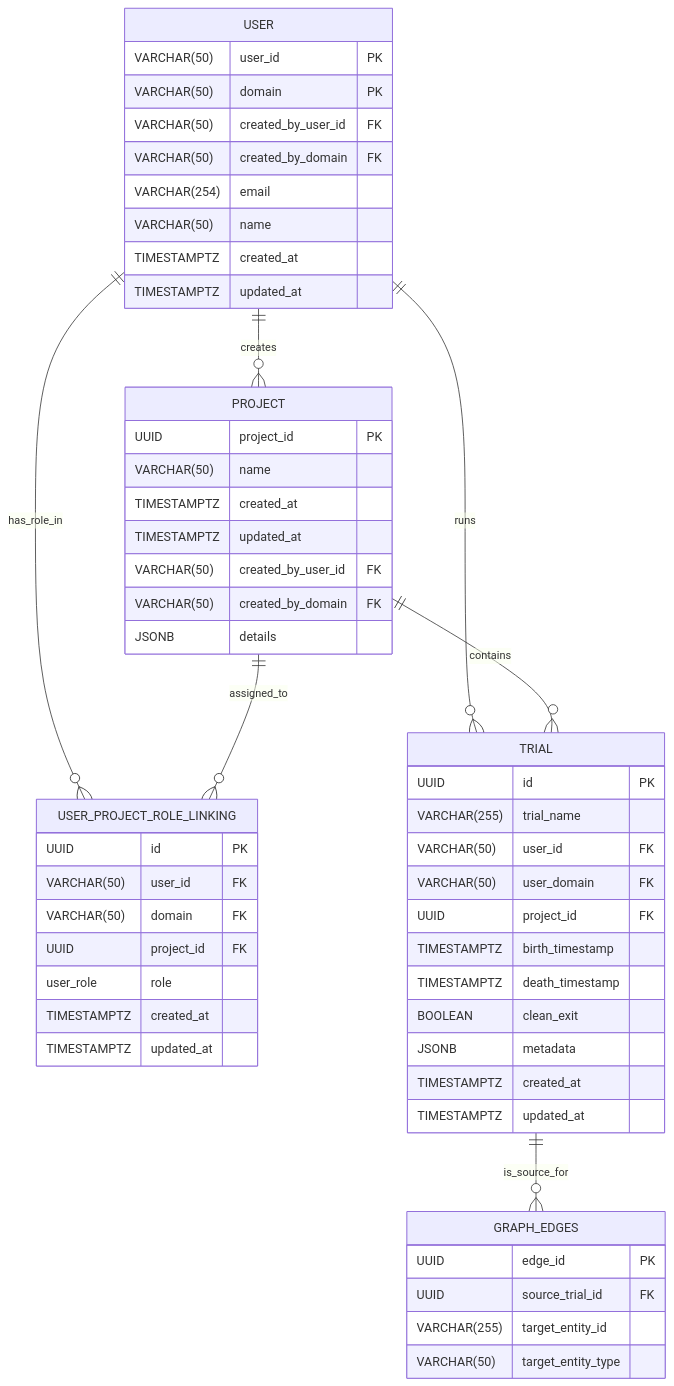
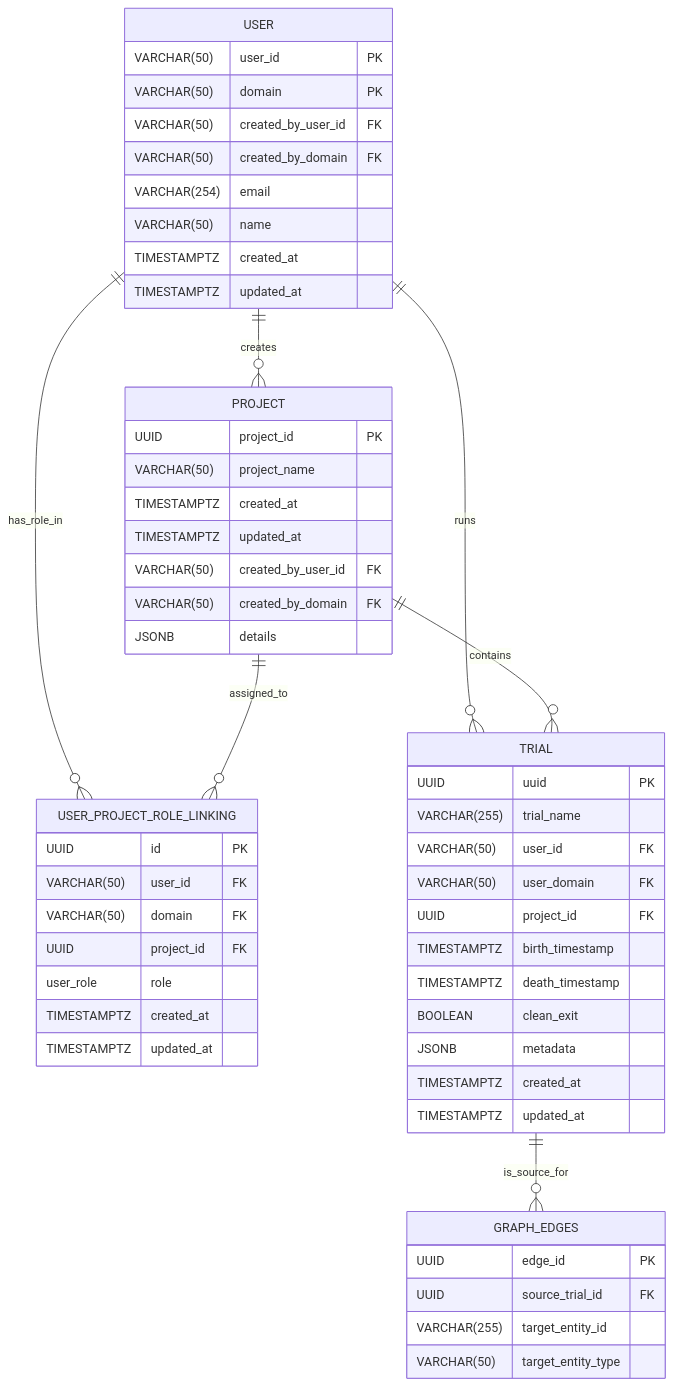
One commit to cmu-mfi/mfi_ddb_library changed the diagram in src/mfi_ddb/retrieval_api/rws/app/services/README.md. Above: the diagram before and after it, drawn with Mermaid.

Commit message:
table schema changes as per latest mds updates

````diff
--- a/src/mfi_ddb/retrieval_api/rws/app/services/README.md
+++ b/src/mfi_ddb/retrieval_api/rws/app/services/README.md
@@ -3,63 +3,63 @@
 ```mermaid
 erDiagram
     USER {
         VARCHAR(50) user_id PK
         VARCHAR(50) domain PK
         VARCHAR(50) created_by_user_id FK
         VARCHAR(50) created_by_domain FK
         VARCHAR(254) email
         VARCHAR(50) name
         TIMESTAMPTZ created_at
         TIMESTAMPTZ updated_at
     }
 
     PROJECT {
         UUID project_id PK
-        VARCHAR(50) name
+        VARCHAR(50) project_name
         TIMESTAMPTZ created_at
         TIMESTAMPTZ updated_at
         VARCHAR(50) created_by_user_id FK
         VARCHAR(50) created_by_domain FK
         JSONB details
     }
 
     USER_PROJECT_ROLE_LINKING {
         UUID id PK
         VARCHAR(50) user_id FK
         VARCHAR(50) domain FK
         UUID project_id FK
         user_role role
         TIMESTAMPTZ created_at
         TIMESTAMPTZ updated_at
     }
 
     TRIAL {
-        UUID id PK
+        UUID uuid PK
         VARCHAR(255) trial_name
         VARCHAR(50) user_id FK
         VARCHAR(50) user_domain FK
         UUID project_id FK
         TIMESTAMPTZ birth_timestamp
         TIMESTAMPTZ death_timestamp
         BOOLEAN clean_exit
         JSONB metadata
         TIMESTAMPTZ created_at
         TIMESTAMPTZ updated_at
     }
 
     GRAPH_EDGES {
         UUID edge_id PK
         UUID source_trial_id FK
         VARCHAR(255) target_entity_id
         VARCHAR(50) target_entity_type
     }
 
     %% Relationships
     %% USER ||--o{ USER : "created_by (self-referencing)"
     USER ||--o{ PROJECT : "creates"
     USER ||--o{ USER_PROJECT_ROLE_LINKING : "has_role_in"
     PROJECT ||--o{ USER_PROJECT_ROLE_LINKING : "assigned_to"
     USER ||--o{ TRIAL : "runs"
     PROJECT ||--o{ TRIAL : "contains"
     TRIAL ||--o{ GRAPH_EDGES : "is_source_for"
 ```
````
